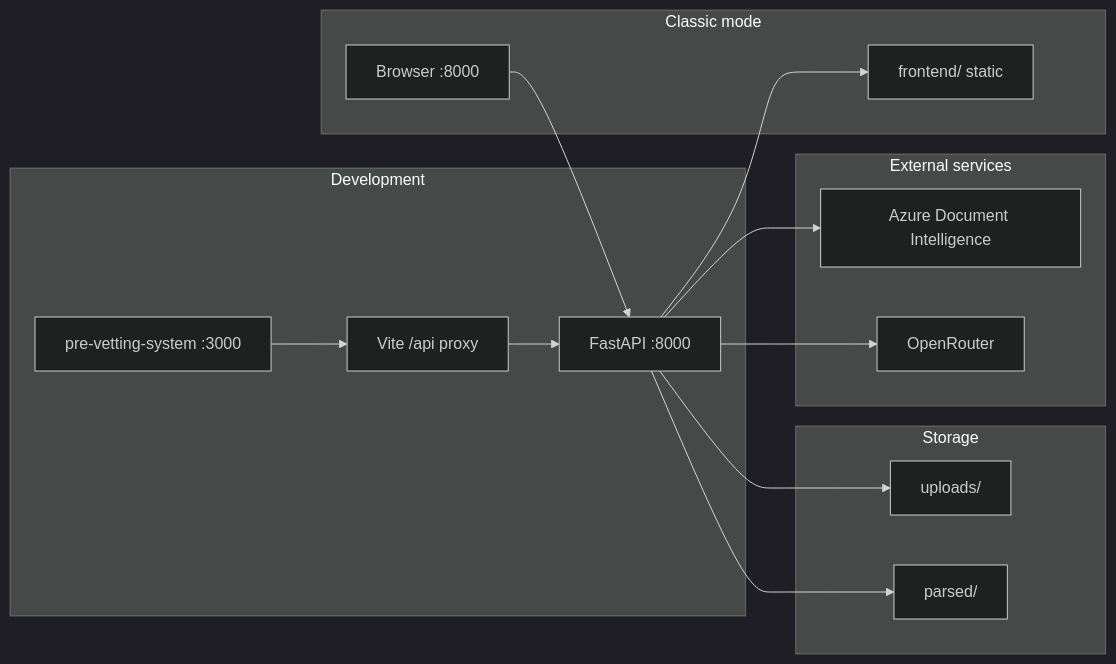
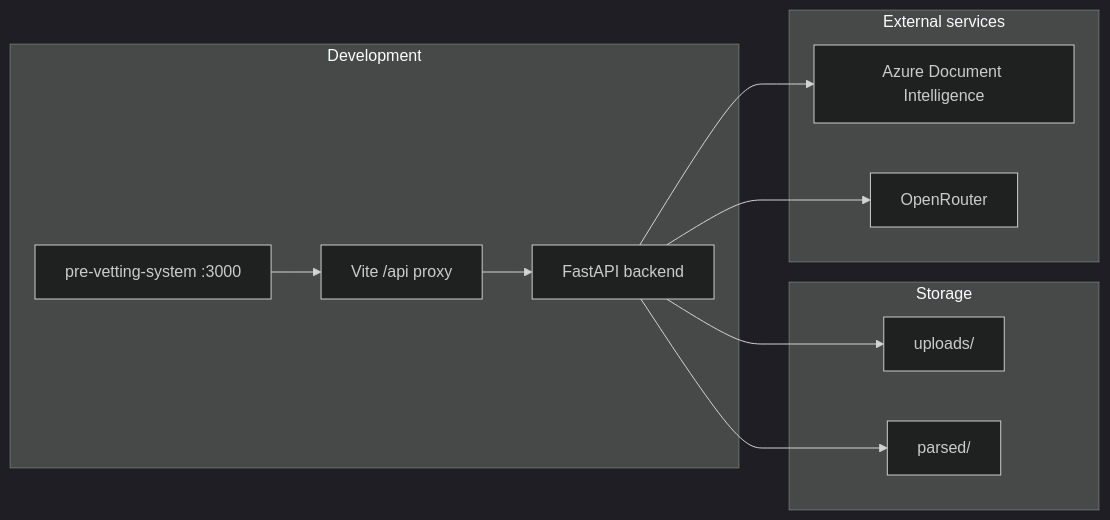
The diagram in README.md (zrl1111/highlight-rag), drawn with Mermaid (dark theme) before and after one commit. The commit also changed other lines of this file and 26 other files, not shown here.

````diff
--- a/README.md
+++ b/README.md
@@ -123,29 +120,23 @@
 ```mermaid
 flowchart LR
   subgraph dev [Development]
     UI[pre-vetting-system :3000]
     Vite[Vite /api proxy]
-    API[FastAPI :8000]
+    API[FastAPI backend]
     UI --> Vite --> API
   end
 
   subgraph storage [Storage]
     UP[uploads/]
     PA[parsed/]
     API --> UP
     API --> PA
   end
 
   subgraph external [External services]
     AZ[Azure Document Intelligence]
     OR[OpenRouter]
     API --> AZ
     API --> OR
   end
-
-  subgraph classic [Classic mode]
-    FE[frontend/ static]
-    API --> FE
-    Browser[Browser :8000] --> API
-  end
 ```
````
